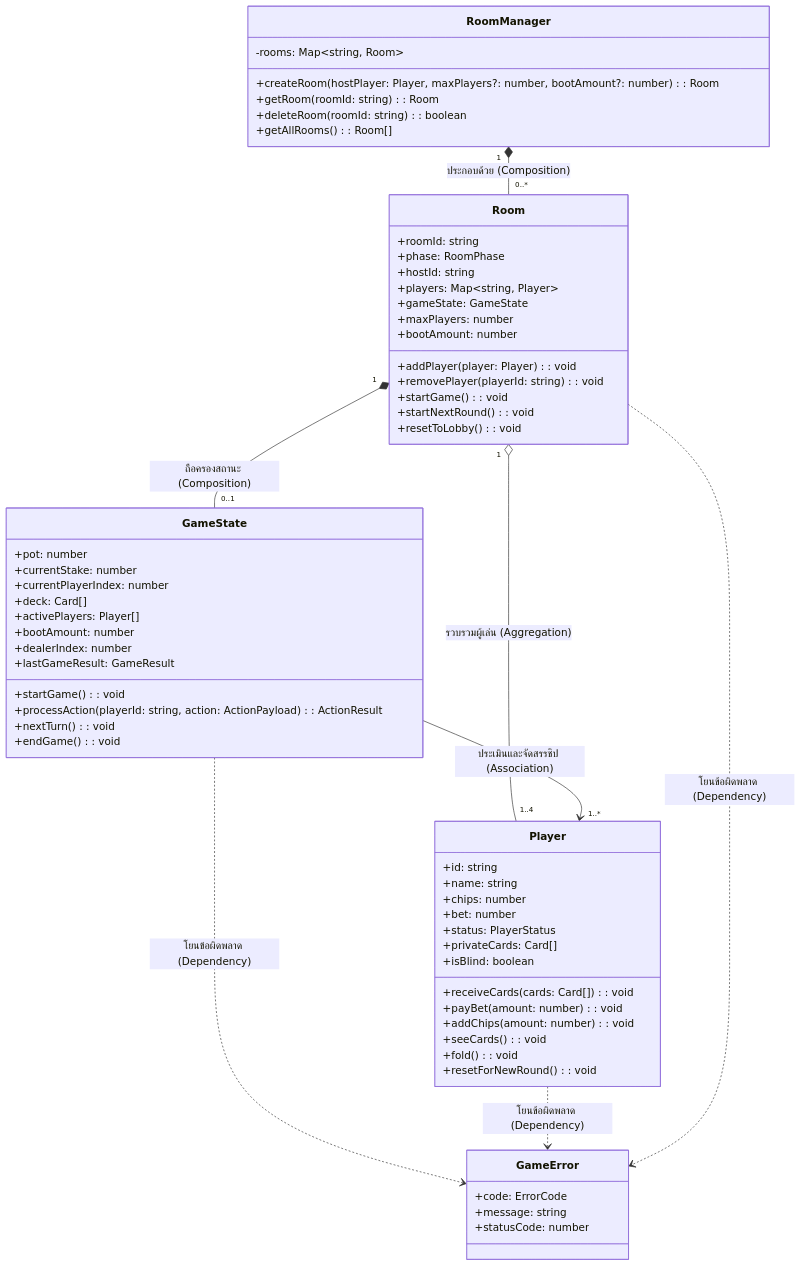
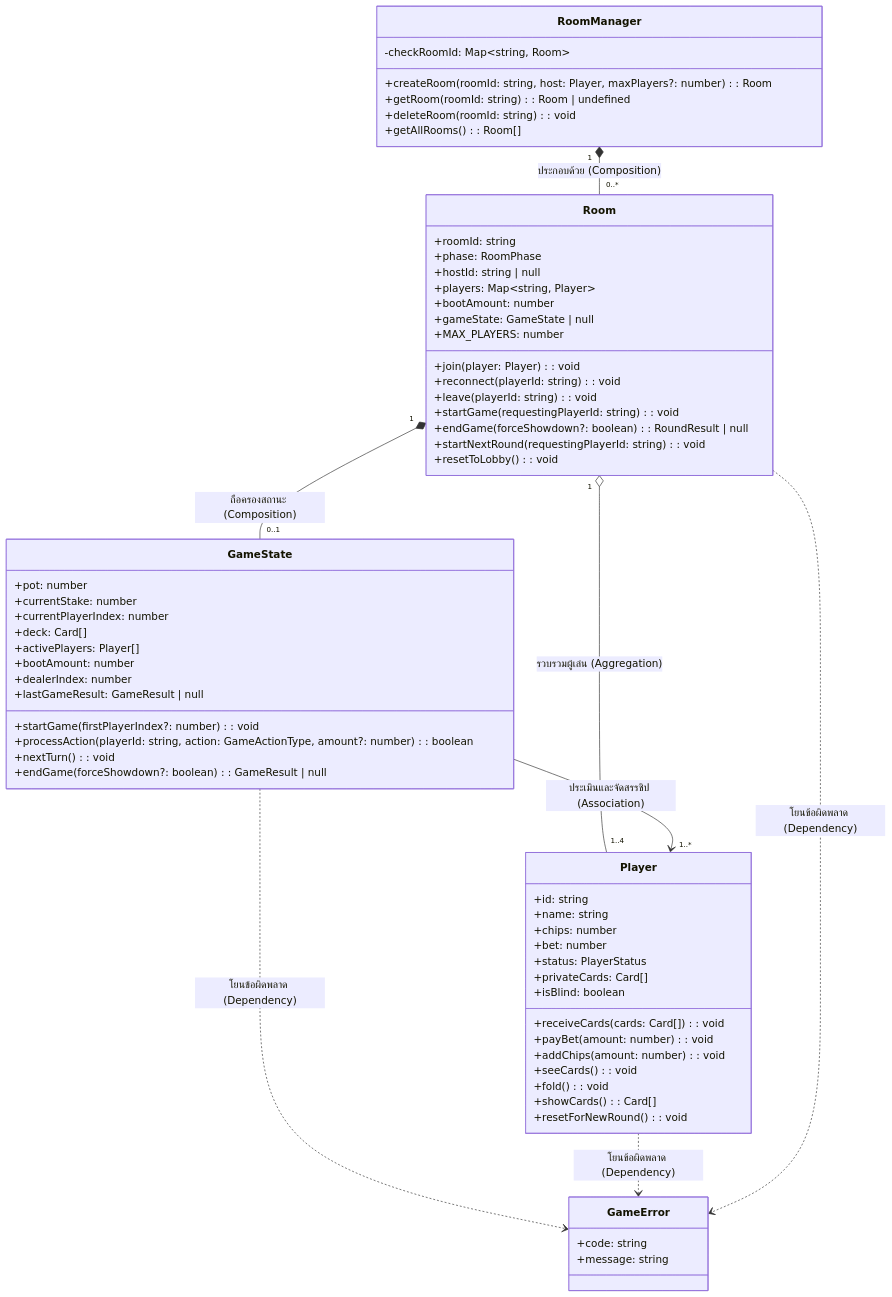
One commit to PhaBie/Indian-Poker-Online-Console-Game- changed the first of 2 diagrams in 03-Documentation/docs/class_diagrams.md. Above: the diagram before and after it, drawn with Mermaid.

Commit message:
docs: ปรับปรุงแผนภาพคลาส Mermaid ใน class_diagrams.md ให้สอดคล้องกับซอร์สโค้ดจริงทุกประการ

````diff
--- a/03-Documentation/docs/class_diagrams.md
+++ b/03-Documentation/docs/class_diagrams.md
@@ -11,72 +11,74 @@
 ```mermaid
 classDiagram
     direction TB
 
     class RoomManager {
-        -rooms: Map~string, Room~
-        +createRoom(hostPlayer: Player, maxPlayers?: number, bootAmount?: number): Room
-        +getRoom(roomId: string): Room
-        +deleteRoom(roomId: string): boolean
+        -checkRoomId: Map~string, Room~
+        +createRoom(roomId: string, host: Player, maxPlayers?: number): Room
+        +getRoom(roomId: string): Room | undefined
+        +deleteRoom(roomId: string): void
         +getAllRooms(): Room[]
     }
 
     class Room {
         +roomId: string
         +phase: RoomPhase
-        +hostId: string
+        +hostId: string | null
         +players: Map~string, Player~
-        +gameState: GameState
-        +maxPlayers: number
         +bootAmount: number
-        +addPlayer(player: Player): void
-        +removePlayer(playerId: string): void
-        +startGame(): void
-        +startNextRound(): void
+        +gameState: GameState | null
+        +MAX_PLAYERS: number
+        +join(player: Player): void
+        +reconnect(playerId: string): void
+        +leave(playerId: string): void
+        +startGame(requestingPlayerId: string): void
+        +endGame(forceShowdown?: boolean): RoundResult | null
+        +startNextRound(requestingPlayerId: string): void
         +resetToLobby(): void
     }
 
     class Player {
         +id: string
         +name: string
         +chips: number
         +bet: number
         +status: PlayerStatus
         +privateCards: Card[]
         +isBlind: boolean
         +receiveCards(cards: Card[]): void
         +payBet(amount: number): void
         +addChips(amount: number): void
         +seeCards(): void
         +fold(): void
+        +showCards(): Card[]
         +resetForNewRound(): void
     }
 
     class GameState {
         +pot: number
         +currentStake: number
         +currentPlayerIndex: number
         +deck: Card[]
         +activePlayers: Player[]
         +bootAmount: number
         +dealerIndex: number
-        +lastGameResult: GameResult
-        +startGame(): void
-        +processAction(playerId: string, action: ActionPayload): ActionResult
+        +lastGameResult: GameResult | null
+        +startGame(firstPlayerIndex?: number): void
+        +processAction(playerId: string, action: GameActionType, amount?: number): boolean
         +nextTurn(): void
-        +endGame(): void
+        +endGame(forceShowdown?: boolean): GameResult | null
     }
 
     class GameError {
-        +code: ErrorCode
+        +code: string
         +message: string
-        +statusCode: number
     }
 
     RoomManager "1" *-- "0..*" Room : ประกอบด้วย (Composition)
     Room "1" *-- "0..1" GameState : ถือครองสถานะ (Composition)
     Room "1" o-- "1..4" Player : รวบรวมผู้เล่น (Aggregation)
     GameState --> "1..*" Player : ประเมินและจัดสรรชิป (Association)
     GameState ..> GameError : โยนข้อผิดพลาด (Dependency)
     Player ..> GameError : โยนข้อผิดพลาด (Dependency)
     Room ..> GameError : โยนข้อผิดพลาด (Dependency)
 ```
````
